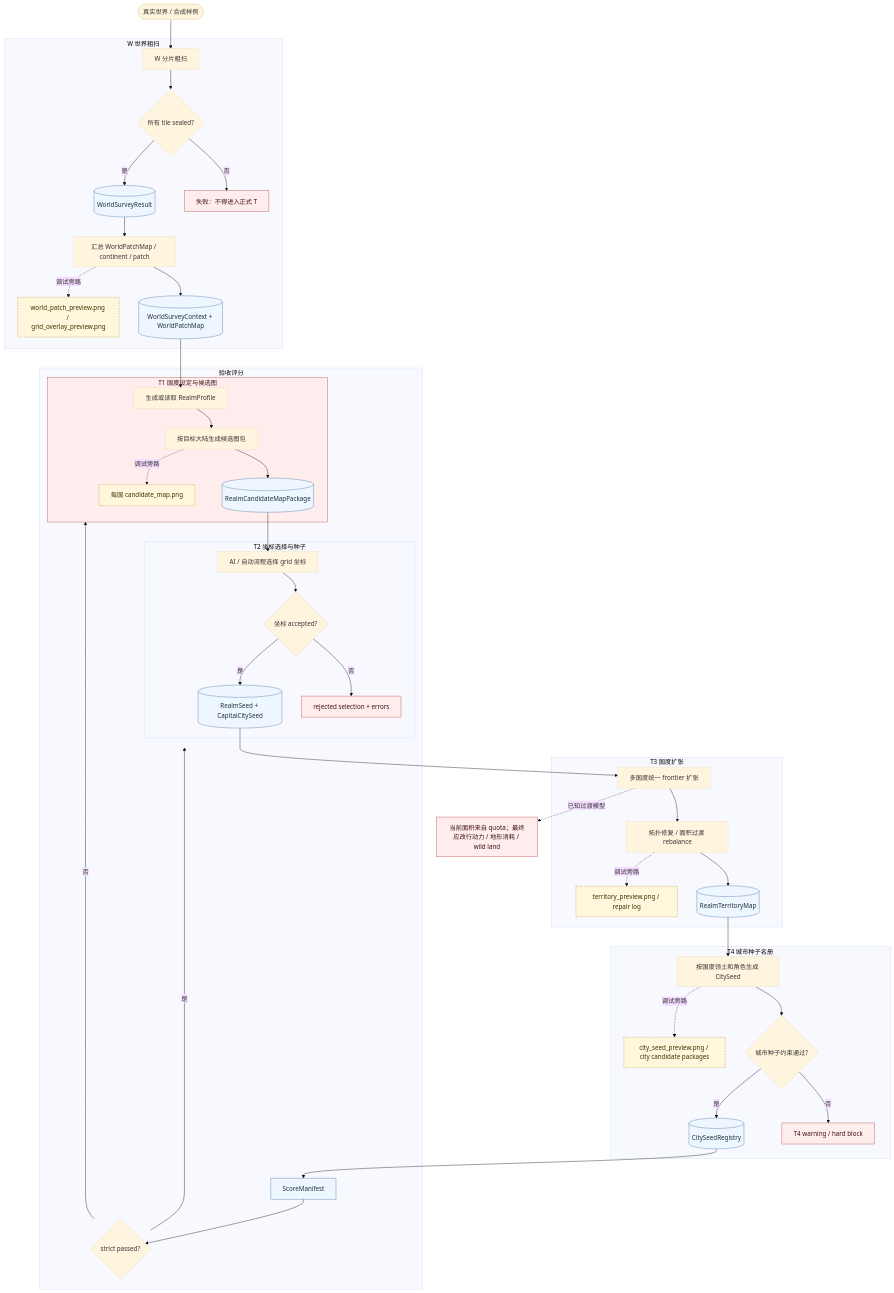
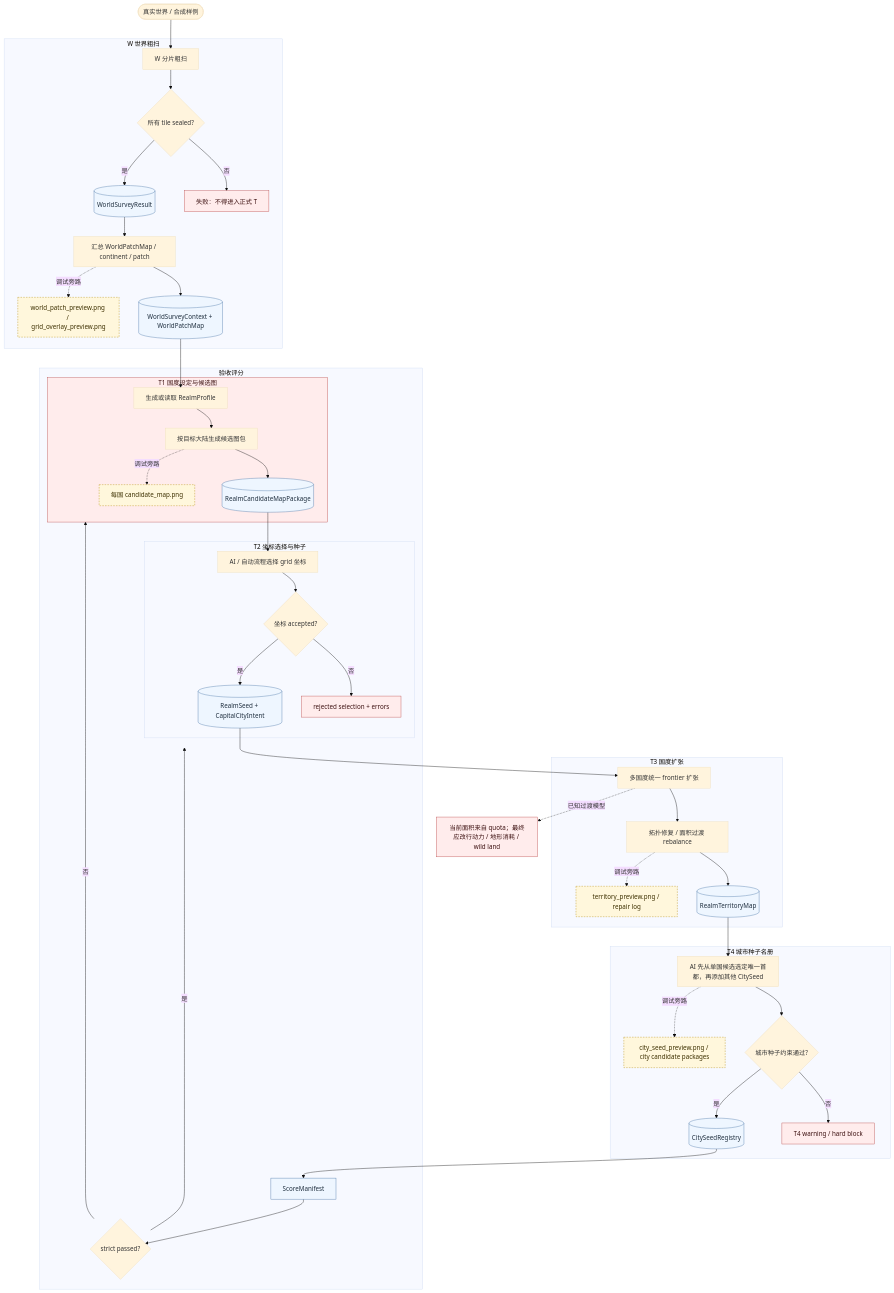
The diagram in docs/systems/realm_planning/30_code_guide/diagrams/国度规划W-T设计Review流程图.md (RinsingEL/designer_territoryMod), drawn with Mermaid (base theme) before and after one commit. The commit also changed 26 other files, not shown here.

````diff
--- a/docs/systems/realm_planning/30_code_guide/diagrams/国度规划W-T设计Review流程图.md
+++ b/docs/systems/realm_planning/30_code_guide/diagrams/国度规划W-T设计Review流程图.md
@@ -5,58 +5,58 @@
 ```mermaid
 flowchart TD
   A(["真实世界 / 合成样例"]) --> B["W 分片粗扫"]
 
   subgraph W["W 世界粗扫"]
     B --> C{所有 tile sealed?}
     C -- 否 --> C1["失败：不得进入正式 T"]
     C -- 是 --> D[("WorldSurveyResult")]
     D --> E["汇总 WorldPatchMap / continent / patch"]
     E --> F[("WorldSurveyContext + WorldPatchMap")]
     E -. 调试旁路 .-> F1["world_patch_preview.png / grid_overlay_preview.png"]
   end
 
   subgraph T1["T1 国度设定与候选图"]
     F --> G["生成或读取 RealmProfile"]
     G --> H["按目标大陆生成候选图包"]
     H --> I[("RealmCandidateMapPackage")]
     H -. 调试旁路 .-> I1["每国 candidate_map.png"]
   end
 
   subgraph T2["T2 坐标选择与种子"]
     I --> J["AI / 自动流程选择 grid 坐标"]
     J --> K{坐标 accepted?}
     K -- 否 --> K1["rejected selection + errors"]
-    K -- 是 --> L[("RealmSeed + CapitalCitySeed")]
+    K -- 是 --> L[("RealmSeed + CapitalCityIntent")]
   end
 
   subgraph T3["T3 国度扩张"]
     L --> M["多国度统一 frontier 扩张"]
     M --> N["拓扑修复 / 面积过渡 rebalance"]
     N --> O[("RealmTerritoryMap")]
     N -. 调试旁路 .-> O1["territory_preview.png / repair log"]
   end
 
   subgraph T4["T4 城市种子名册"]
-    O --> P["按国度领土和角色生成 CitySeed"]
+    O --> P["AI 先从单国候选选定唯一首都，再添加其他 CitySeed"]
     P --> Q{城市种子约束通过?}
     Q -- 否 --> Q1["T4 warning / hard block"]
     Q -- 是 --> R[("CitySeedRegistry")]
     P -. 调试旁路 .-> R1["city_seed_preview.png / city candidate packages"]
   end
 
   subgraph Score["验收评分"]
     R --> S["ScoreManifest"]
     S --> T{strict passed?}
     T -- 否 --> T1["acceptance_report.passed=false"]
     T -- 是 --> T2["acceptance_report.passed=true"]
   end
 
   M -. 已知过渡模型 .-> U["当前面积来自 quota；最终应改行动力 / 地形消耗 / wild land"]
 
   classDef data fill:#eef6ff,stroke:#4976a8,color:#1f2f3f;
   classDef debug fill:#fff7dc,stroke:#b58b00,color:#3d3000,stroke-dasharray: 4 3;
   classDef warn fill:#ffecec,stroke:#bb4b4b,color:#3d1111;
   class D,F,I,L,O,R,S data;
   class F1,I1,O1,R1 debug;
   class C1,K1,Q1,T1,U warn;
 ```
````
